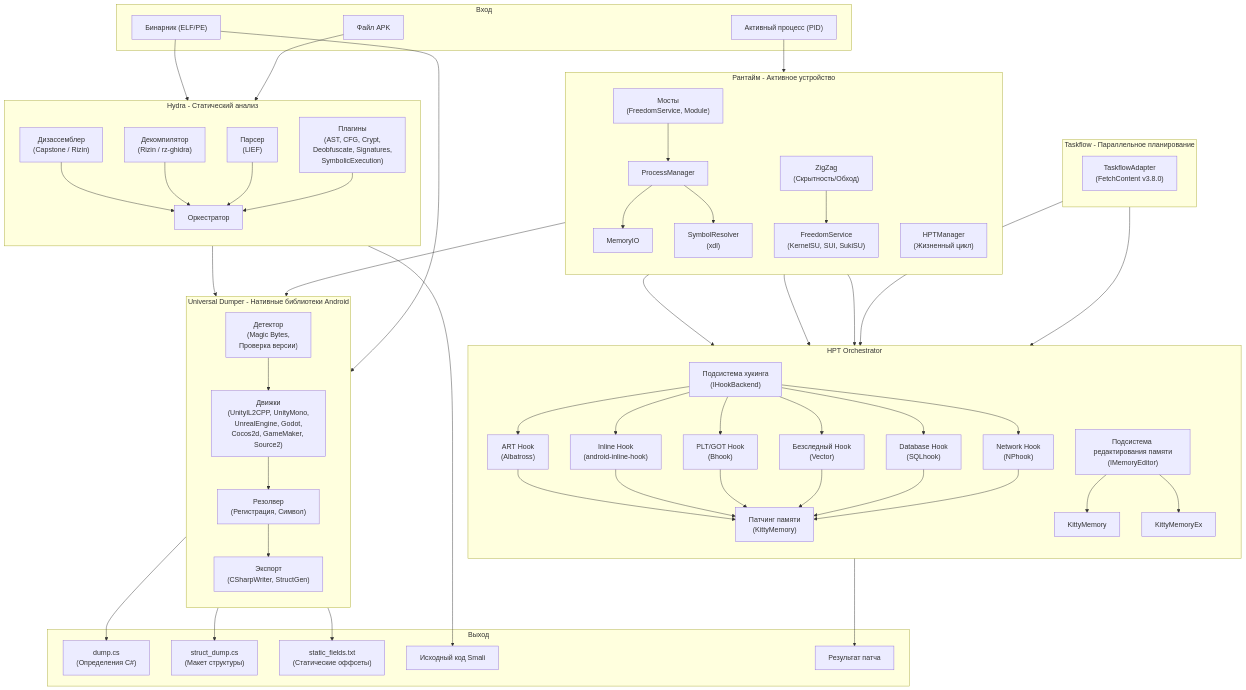
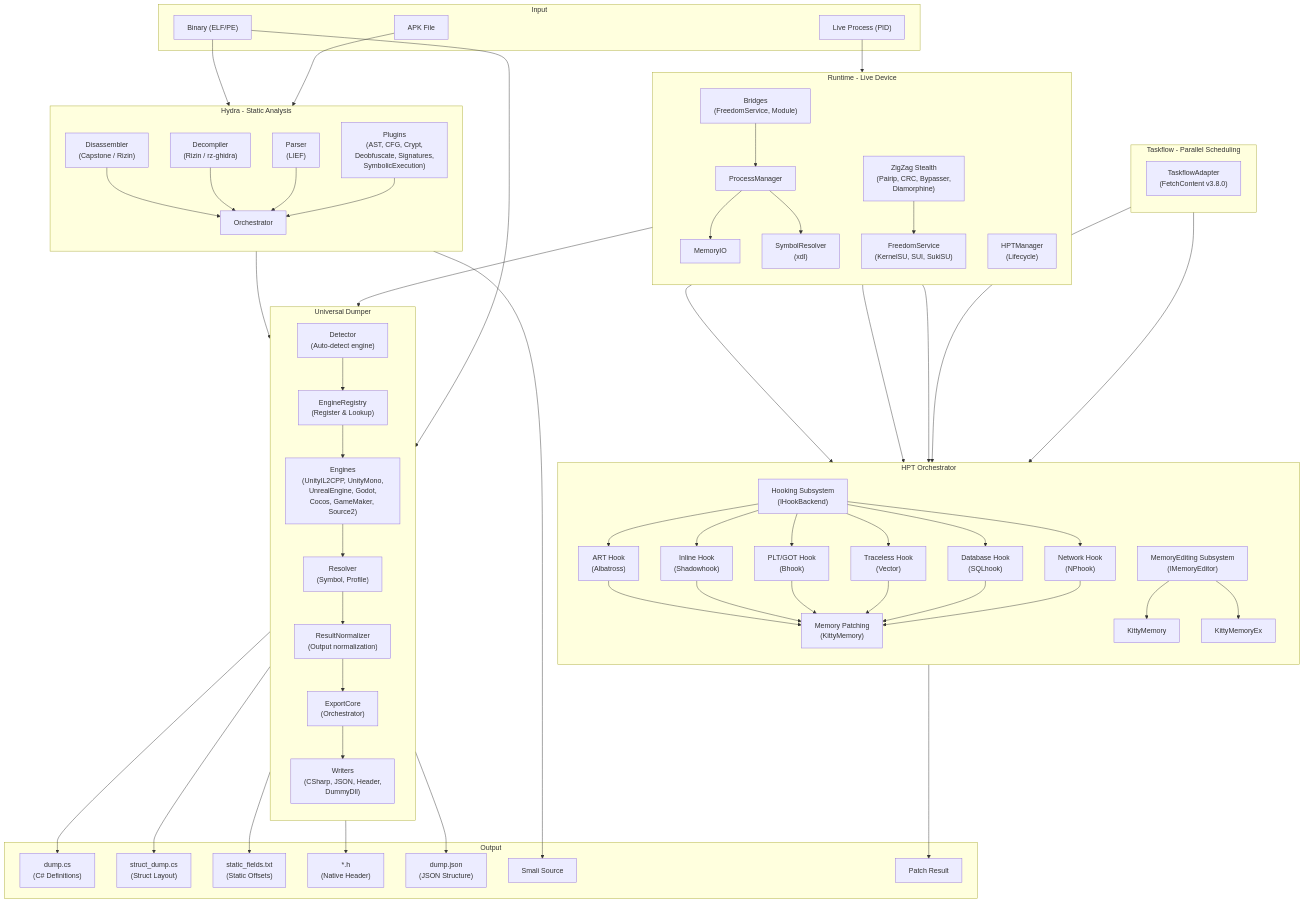
One commit to CicakDroid/OmniByte changed the first of 2 diagrams in README_RU.md. Above: the diagram before and after it, drawn with Mermaid. The commit also changed other lines of this file and 4 other files, not shown here.

````diff
--- a/README_RU.md
+++ b/README_RU.md
@@ -161,46 +214,47 @@
 ```mermaid
 flowchart TB
-    subgraph INPUT["Вход"]
-        APK["Файл APK"]
-        BIN["Бинарник (ELF/PE)"]
-        PID["Активный процесс (PID)"]
+    subgraph INPUT["Input"]
+        APK["APK File"]
+        BIN["Binary (ELF/PE)"]
+        PID["Live Process (PID)"]
     end
 
-    subgraph HYDRA["Hydra - Статический анализ"]
+    subgraph HYDRA["Hydra - Static Analysis"]
         direction TB
-        H_DIS["Дизассемблер\n(Capstone / Rizin)"]
-        H_DEC["Декомпилятор\n(Rizin / rz-ghidra)"]
-        H_PAR["Парсер\n(LIEF)"]
-        H_PLG["Плагины\n(AST, CFG, Crypt,\nDeobfuscate, Signatures,\nSymbolicExecution)"]
-        H_ORC["Оркестратор"]
+        H_DIS["Disassembler\n(Capstone / Rizin)"]
+        H_DEC["Decompiler\n(Rizin / rz-ghidra)"]
+        H_PAR["Parser\n(LIEF)"]
+        H_PLG["Plugins\n(AST, CFG, Crypt,\nDeobfuscate, Signatures,\nSymbolicExecution)"]
+        H_ORC["Orchestrator"]
         H_DIS --> H_ORC
         H_DEC --> H_ORC
         H_PAR --> H_ORC
         H_PLG --> H_ORC
     end
 
-    subgraph DUMPER["Universal Dumper - Нативные библиотеки Android"]
+    subgraph DUMPER["Universal Dumper"]
         direction TB
-        D_DET["Детектор\n(Magic Bytes,\nПроверка версии)"]
-        D_ENG["Движки\n(UnityIL2CPP, UnityMono,\nUnrealEngine, Godot,\nCocos2d, GameMaker, Source2)"]
-        D_RES["Резолвер\n(Регистрация, Символ)"]
-        D_EXP["Экспорт\n(CSharpWriter, StructGen)"]
-        D_DET --> D_ENG
-        D_ENG --> D_RES
-        D_RES --> D_EXP
+        D_DET["Detector\n(Auto-detect engine)"]
+        D_REG["EngineRegistry\n(Register & Lookup)"]
+        D_ENG["Engines\n(UnityIL2CPP, UnityMono,\nUnrealEngine, Godot,\nCocos, GameMaker, Source2)"]
+        D_RES["Resolver\n(Symbol, Profile)"]
+        D_NORM["ResultNormalizer\n(Output normalization)"]
+        D_EXP["ExportCore\n(Orchestrator)"]
+        D_WR["Writers\n(CSharp, JSON, Header,\nDummyDll)"]
+        D_DET --> D_REG --> D_ENG --> D_RES --> D_NORM --> D_EXP --> D_WR
     end
 
     subgraph HPT["HPT Orchestrator"]
         direction TB
-        HK_MOD["Подсистема хукинга\n(IHookBackend)"]
-        ME_MOD["Подсистема редактирования памяти\n(IMemoryEditor)"]
+        HK_MOD["Hooking Subsystem\n(IHookBackend)"]
+        ME_MOD["MemoryEditing Subsystem\n(IMemoryEditor)"]
         HK_MOD --> HK_ART["ART Hook\n(Albatross)"]
-        HK_MOD --> HK_INL["Inline Hook\n(android-inline-hook)"]
+        HK_MOD --> HK_INL["Inline Hook\n(Shadowhook)"]
         HK_MOD --> HK_PLT["PLT/GOT Hook\n(Bhook)"]
-        HK_MOD --> HK_TLS["Безследный Hook\n(Vector)"]
+        HK_MOD --> HK_TLS["Traceless Hook\n(Vector)"]
         HK_MOD --> HK_DB["Database Hook\n(SQLhook)"]
         HK_MOD --> HK_NP["Network Hook\n(NPhook)"]
-        HK_ART --> HK_MEM["Патчинг памяти\n(KittyMemory)"]
+        HK_ART --> HK_MEM["Memory Patching\n(KittyMemory)"]
         HK_INL --> HK_MEM
         HK_PLT --> HK_MEM
         HK_TLS --> HK_MEM
@@ -210,14 +264,14 @@
         ME_MOD --> ME_KITX["KittyMemoryEx"]
     end
 
-    subgraph RUNTIME["Рантайм - Активное устройство"]
+    subgraph RUNTIME["Runtime - Live Device"]
         direction TB
-        R_BRG["Мосты\n(FreedomService, Module)"]
+        R_BRG["Bridges\n(FreedomService, Module)"]
         R_PM["ProcessManager"]
         R_MIO["MemoryIO"]
         R_SYM["SymbolResolver\n(xdl)"]
-        R_ZZ["ZigZag\n(Скрытность/Обход)"]
-        R_HPT["HPTManager\n(Жизненный цикл)"]
+        R_ZZ["ZigZag Stealth\n(Pairip, CRC, Bypasser,\nDiamorphine)"]
+        R_HPT["HPTManager\n(Lifecycle)"]
         R_FS["FreedomService\n(KernelSU, SUI, SukiSU)"]
         R_BRG --> R_PM
         R_PM --> R_MIO
@@ -227,28 +281,31 @@
         R_HPT --> ME_MOD
     end
 
-    subgraph TASKFLOW["Taskflow - Параллельное планирование"]
+    subgraph TASKFLOW["Taskflow - Parallel Scheduling"]
         direction TB
         TF["TaskflowAdapter\n(FetchContent v3.8.0)"]
     end
 
-    subgraph OUTPUT["Выход"]
-        O_CS["dump.cs\n(Определения C#)"]
-        O_ST["struct_dump.cs\n(Макет структуры)"]
-        O_SF["static_fields.txt\n(Статические оффсеты)"]
-        O_SM["Исходный код Smali"]
-        O_PT["Результат патча"]
+    subgraph OUTPUT["Output"]
+        O_CS["dump.cs\n(C# Definitions)"]
+        O_ST["struct_dump.cs\n(Struct Layout)"]
+        O_SF["static_fields.txt\n(Static Offsets)"]
+        O_H["*.h\n(Native Header)"]
+        O_JSON["dump.json\n(JSON Structure)"]
+        O_SM["Smali Source"]
+        O_PT["Patch Result"]
     end
 
     APK --> H_PAR
     BIN --> H_DIS
     BIN --> D_DET
     PID --> R_PM
-
     H_ORC --> D_DET
-    D_EXP --> O_CS
-    D_EXP --> O_ST
-    D_EXP --> O_SF
+    D_WR --> O_CS
+    D_WR --> O_ST
+    D_WR --> O_SF
+    D_WR --> O_H
+    D_WR --> O_JSON
     H_DEC --> O_SM
     HK_MEM --> O_PT
     R_MIO --> HK_MEM
````
